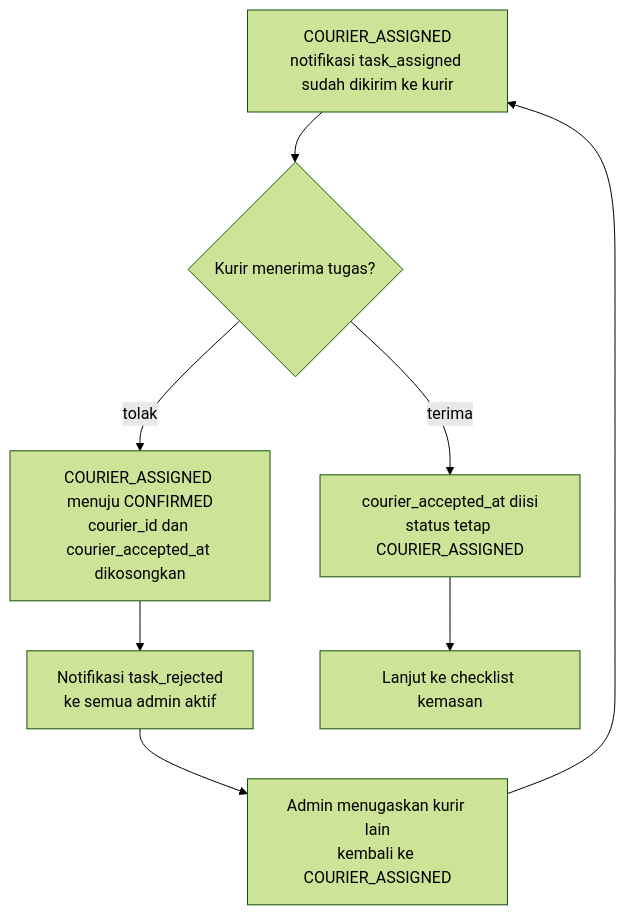
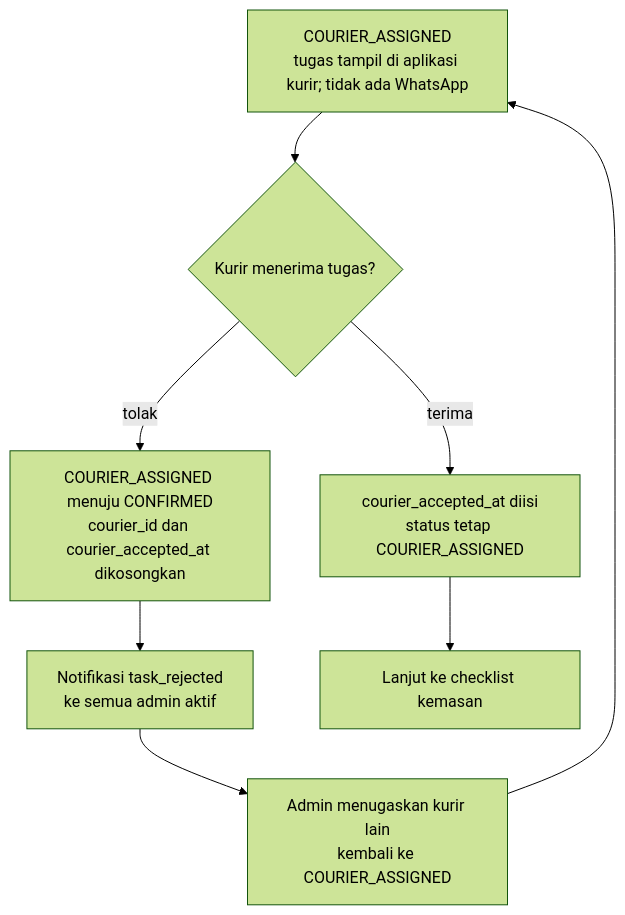
The sixth of 10 diagrams in docs/flowchart.md (KagChi/anteraja-hackathon), drawn with Mermaid (forest theme) before and after one commit. The commit also changed other lines of this file and 66 other files, not shown here.

First line of the commit message:
feat(flow): assign courier before confirmation and require a delivery PIN

````diff
--- a/docs/flowchart.md
+++ b/docs/flowchart.md
@@ -379,18 +380,18 @@
 ```mermaid
 flowchart TD
-    A["COURIER_ASSIGNED<br/>notifikasi task_assigned sudah dikirim ke kurir"]
+    A["COURIER_ASSIGNED<br/>tugas tampil di aplikasi kurir; tidak ada WhatsApp"]
     B{"Kurir menerima tugas?"}
     C["courier_accepted_at diisi<br/>status tetap COURIER_ASSIGNED"]
     D["COURIER_ASSIGNED menuju CONFIRMED<br/>courier_id dan courier_accepted_at dikosongkan"]
     E["Notifikasi task_rejected<br/>ke semua admin aktif"]
     F["Admin menugaskan kurir lain<br/>kembali ke COURIER_ASSIGNED"]
     G["Lanjut ke checklist kemasan"]
 
     A --> B
     B -->|"terima"| C
     C --> G
     B -->|"tolak"| D
     D --> E
     E --> F
     F --> A
 ```
````
